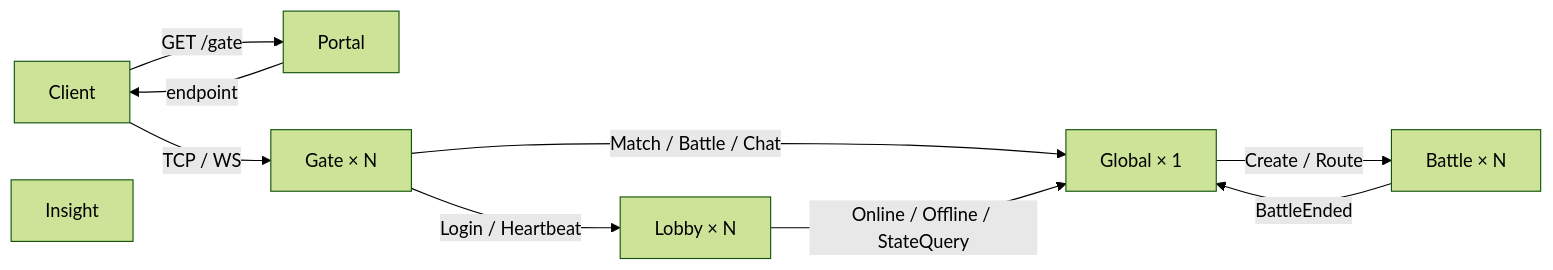
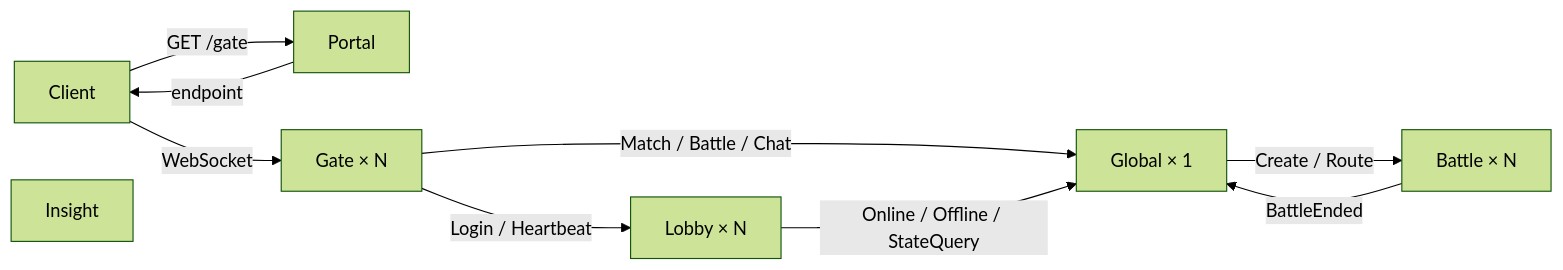
One commit to 132982jianan/JGameServer changed the first of 2 diagrams in doc/02_四类节点目标架构设计评审稿.md. Above: the diagram before and after it, drawn with Mermaid (forest theme). The commit also changed 33 other files, not shown here.

````diff
--- a/doc/02_四类节点目标架构设计评审稿.md
+++ b/doc/02_四类节点目标架构设计评审稿.md
@@ -27,19 +27,19 @@
 ```mermaid
 flowchart LR
     C[Client]
     P[Portal]
     G[Gate × N]
     L[Lobby × N]
     GL[Global × 1]
     B[Battle × N]
     I[Insight]
 
     C -- GET /gate --> P
     P -- endpoint --> C
-    C -- TCP / WS --> G
+    C -- WebSocket --> G
     G -- Login / Heartbeat --> L
     G -- Match / Battle / Chat --> GL
     L -- Online / Offline / StateQuery --> GL
     GL -- Create / Route --> B
     B -- BattleEnded --> GL
 ```
````
